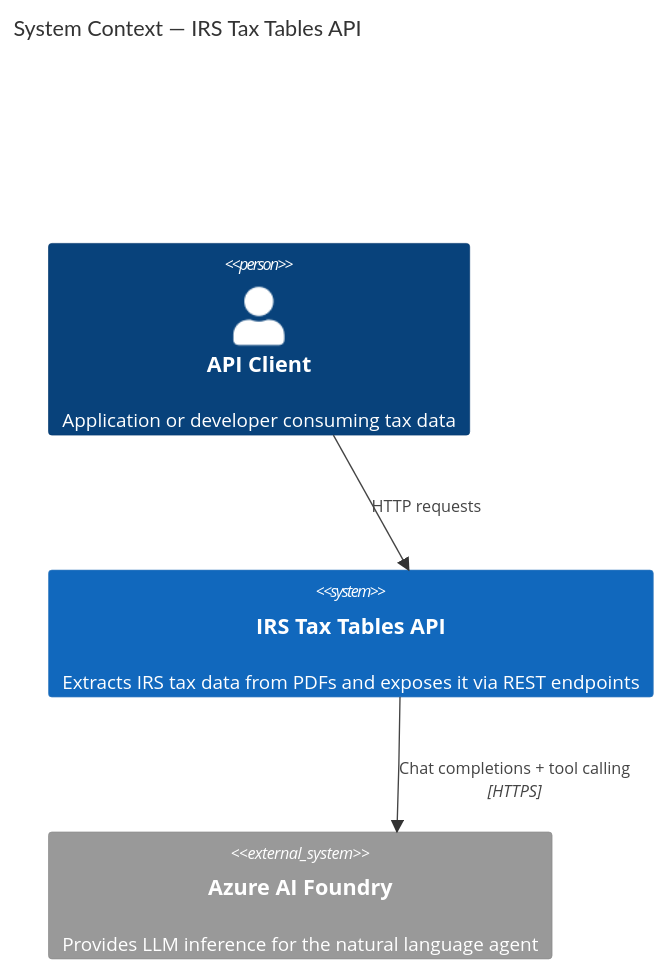
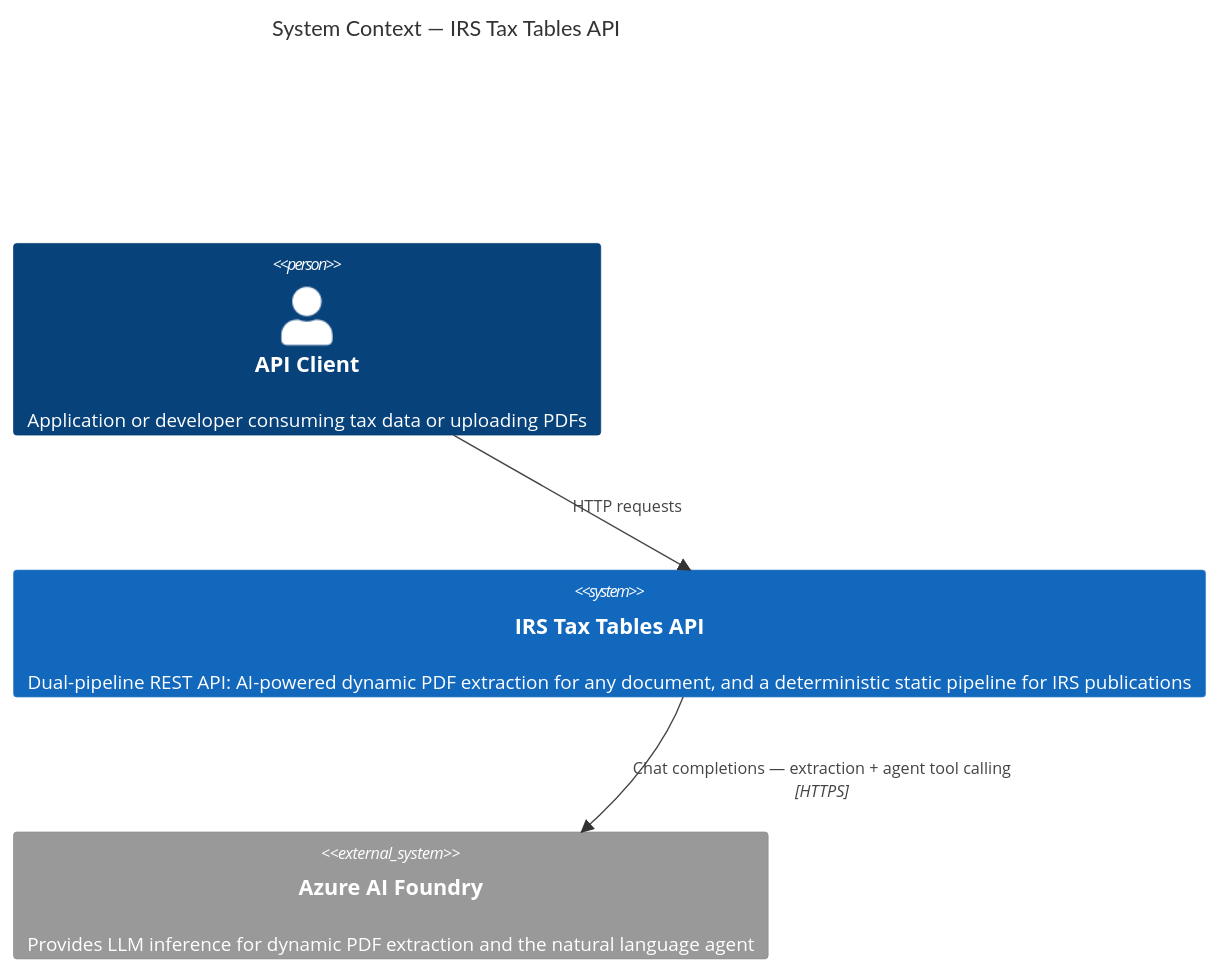
Before and after one commit to JMGG99/Taxes_agent: the first of 3 diagrams in docs/c4_diagram.md, drawn with Mermaid. The commit also changed other lines of this file and 1 other file, not shown here.

Commit message:
docs: update README and C4 diagram for v4 dynamic PDF pipeline

````diff
--- a/docs/c4_diagram.md
+++ b/docs/c4_diagram.md
@@ -5,15 +5,15 @@
 ```mermaid
 C4Context
     title System Context — IRS Tax Tables API
 
-    Person(client, "API Client", "Application or developer consuming tax data")
+    Person(client, "API Client", "Application or developer consuming tax data or uploading PDFs")
 
-    System(api, "IRS Tax Tables API", "Extracts IRS tax data from PDFs and exposes it via REST endpoints")
+    System(api, "IRS Tax Tables API", "Dual-pipeline REST API: AI-powered dynamic PDF extraction for any document, and a deterministic static pipeline for IRS publications")
 
-    System_Ext(azure_ai, "Azure AI Foundry", "Provides LLM inference for the natural language agent")
+    System_Ext(azure_ai, "Azure AI Foundry", "Provides LLM inference for dynamic PDF extraction and the natural language agent")
 
     Rel(client, api, "HTTP requests")
-    Rel(api, azure_ai, "Chat completions + tool calling", "HTTPS")
+    Rel(api, azure_ai, "Chat completions — extraction + agent tool calling", "HTTPS")
 
     UpdateLayoutConfig($c4ShapeInRow="3", $c4BoundaryInRow="1")
 ```
````
